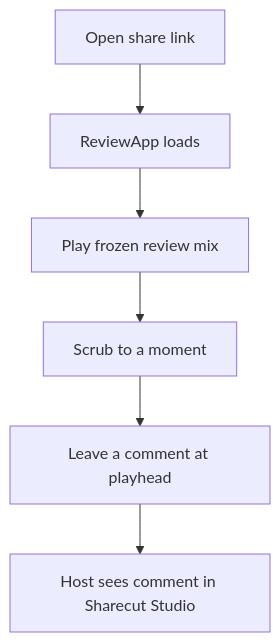
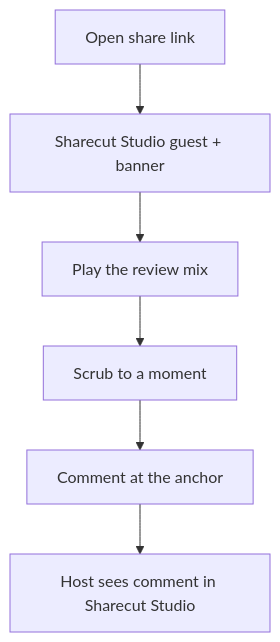
Before and after one commit to calebn/sharecut-studio: the first of 6 diagrams in ux/pages/guest-journeys.md, drawn with Mermaid. The commit also changed other lines of this file and 33 other files, not shown here.

First line of the commit message:
refactor(gui): delete ReviewApp, the listen page no review role opens

````diff
--- a/ux/pages/guest-journeys.md
+++ b/ux/pages/guest-journeys.md
@@ -13,8 +13,8 @@
 ```mermaid
 flowchart TD
-  open[Open share link] --> app[ReviewApp loads]
-  app --> play[Play frozen review mix]
+  open[Open share link] --> daw[Sharecut Studio guest + banner]
+  daw --> play[Play the review mix]
   play --> scrub[Scrub to a moment]
-  scrub --> note[Leave a comment at playhead]
+  scrub --> note[Comment at the anchor]
   note --> done[Host sees comment in Sharecut Studio]
 ```
````
